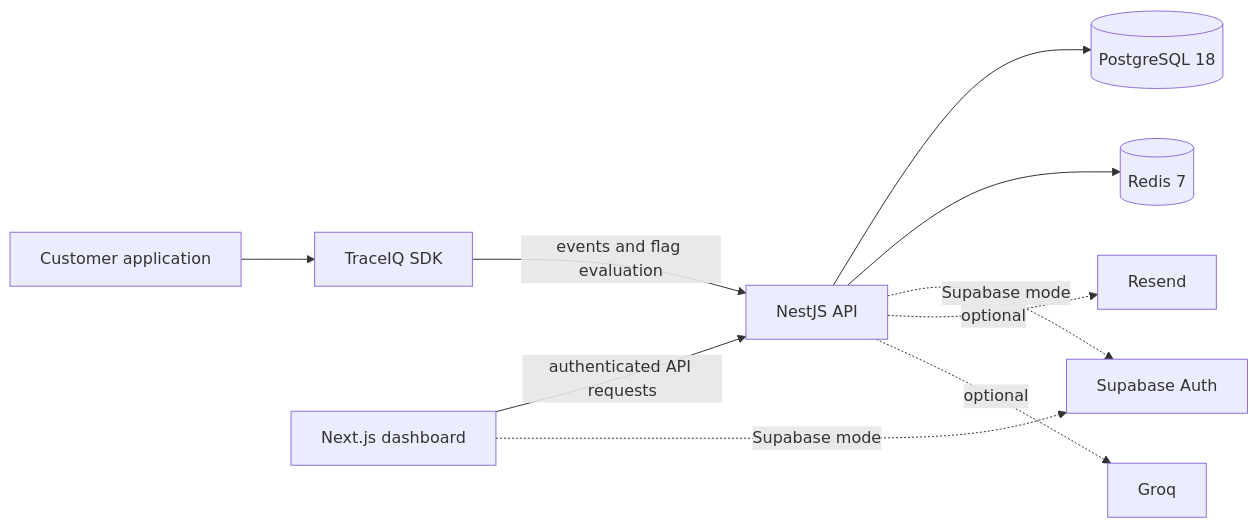
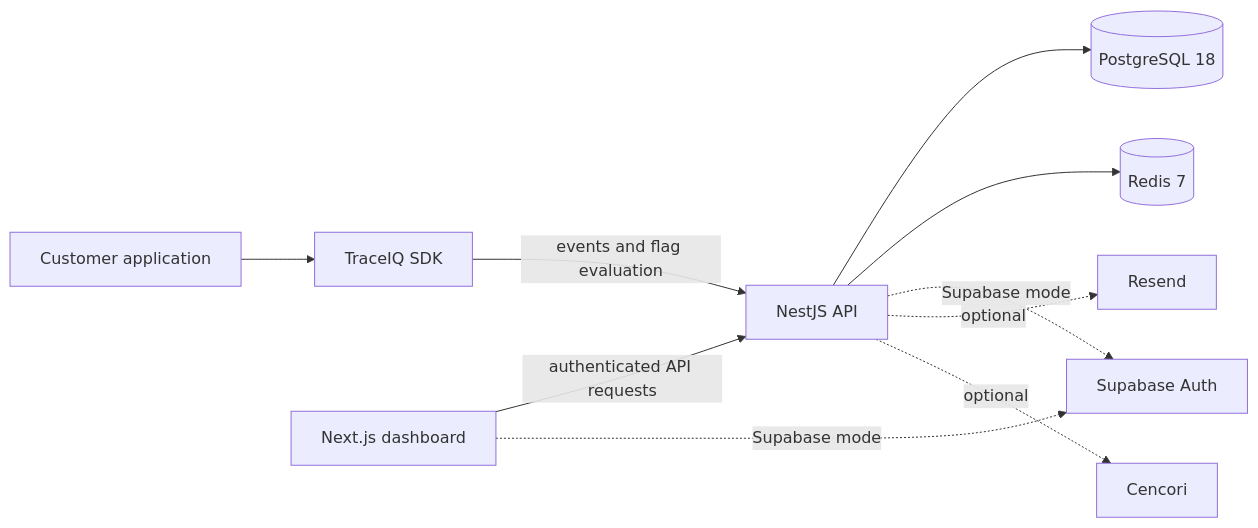
One commit to enigma-137/trace-iq changed the first of 2 diagrams in docs/architecture.md. Above: the diagram before and after it, drawn with Mermaid. The commit also changed other lines of this file and 25 other files, not shown here.

````diff
--- a/docs/architecture.md
+++ b/docs/architecture.md
@@ -7,12 +7,12 @@
 ```mermaid
 flowchart LR
   App[Customer application] --> SDK[TraceIQ SDK]
   SDK -->|events and flag evaluation| API[NestJS API]
   API --> PG[(PostgreSQL 18)]
   API --> Redis[(Redis 7)]
   Dashboard[Next.js dashboard] -->|authenticated API requests| API
   Dashboard -. Supabase mode .-> Auth[Supabase Auth]
   API -. Supabase mode .-> Auth
   API -. optional .-> Email[Resend]
-  API -. optional .-> AI[Groq]
+  API -. optional .-> AI[Cencori]
 ```
````
